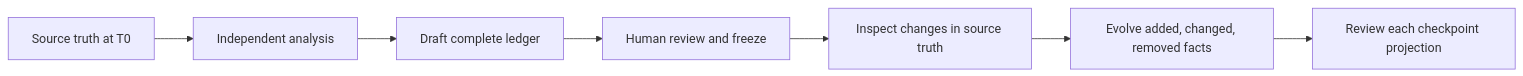
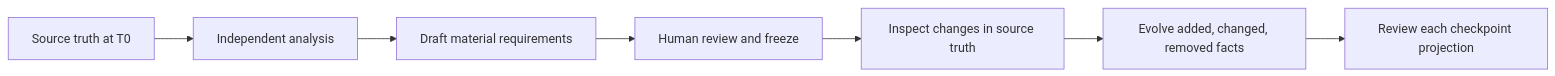
One commit to langchain-ai/openwiki changed the second of 2 diagrams in evals/keb/README.md. Above: the diagram before and after it, drawn with Mermaid. The commit also changed other lines of this file and 38 other files, not shown here.

````diff
--- a/evals/keb/README.md
+++ b/evals/keb/README.md
@@ -478,9 +491,9 @@
 ```mermaid
 flowchart LR
     R0[Source truth at T0] --> A0[Independent analysis]
-    A0 --> D0[Draft complete ledger]
+    A0 --> D0[Draft material requirements]
     D0 --> H0[Human review and freeze]
     H0 --> CH[Inspect changes in source truth]
     CH --> EV[Evolve added, changed, removed facts]
     EV --> HR[Review each checkpoint projection]
 ```
````
